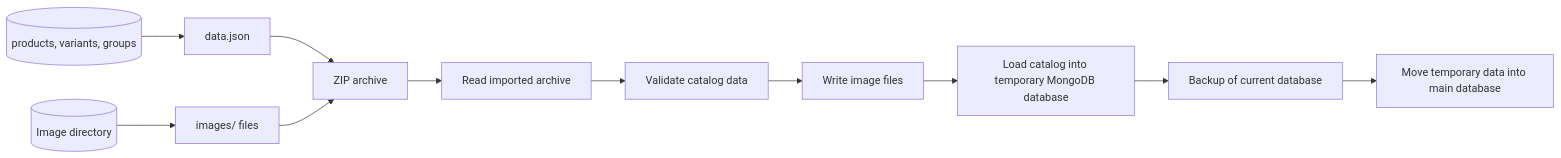
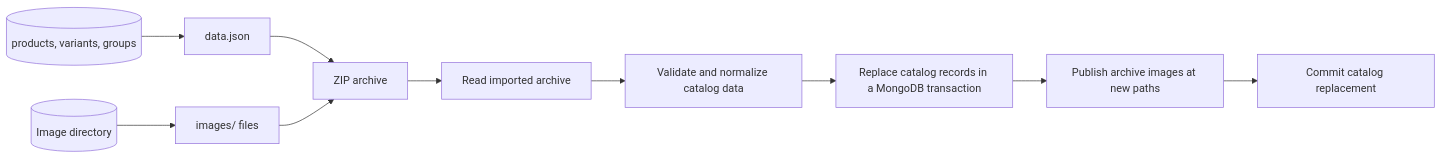
The third of 4 diagrams in docs/DATA-AND-WORKFLOWS.md (danikas2k2/rusys), drawn with Mermaid before and after one commit. The commit also changed other lines of this file and 20 other files, not shown here.

First line of the commit message:
feat: implement import/export functionality for catalog data

````diff
--- a/docs/DATA-AND-WORKFLOWS.md
+++ b/docs/DATA-AND-WORKFLOWS.md
@@ -141,13 +141,12 @@
 ```mermaid
 flowchart LR
     DB[(products, variants, groups)] --> Data["data.json"]
     Files[(Image directory)] --> ImageFiles["images/ files"]
     Data --> Zip[ZIP archive]
     ImageFiles --> Zip
     Zip --> Parse[Read imported archive]
-    Parse --> Validate[Validate catalog data]
-    Validate --> WriteImages[Write image files]
-    WriteImages --> Temp[Load catalog into temporary MongoDB database]
-    Temp --> Backup[Backup of current database]
-    Backup --> Replace[Move temporary data into main database]
+    Parse --> Validate[Validate and normalize catalog data]
+    Validate --> Replace[Replace catalog records in a MongoDB transaction]
+    Replace --> RestoreImages[Publish archive images at new paths]
+    RestoreImages --> Commit[Commit catalog replacement]
 ```
````
